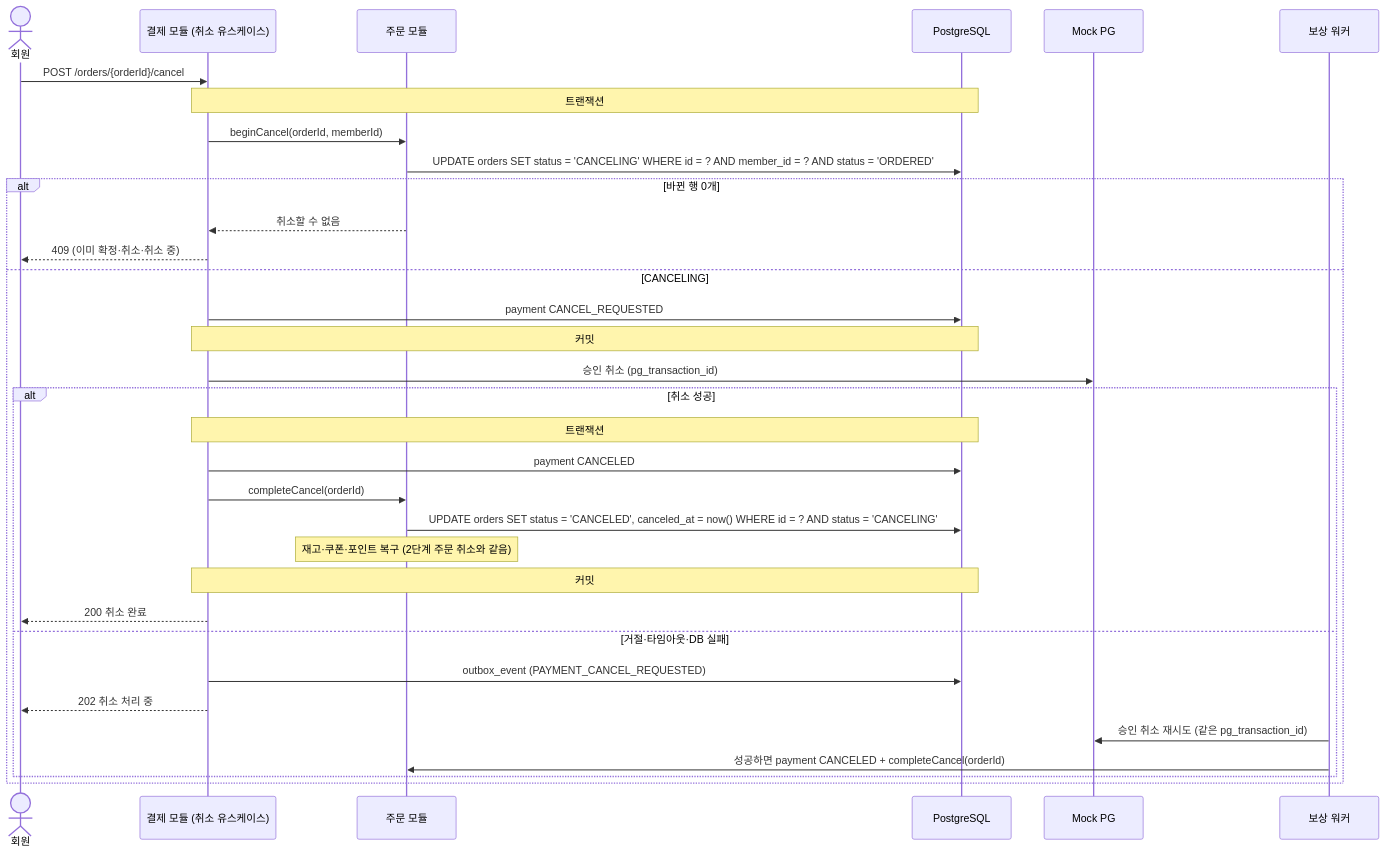
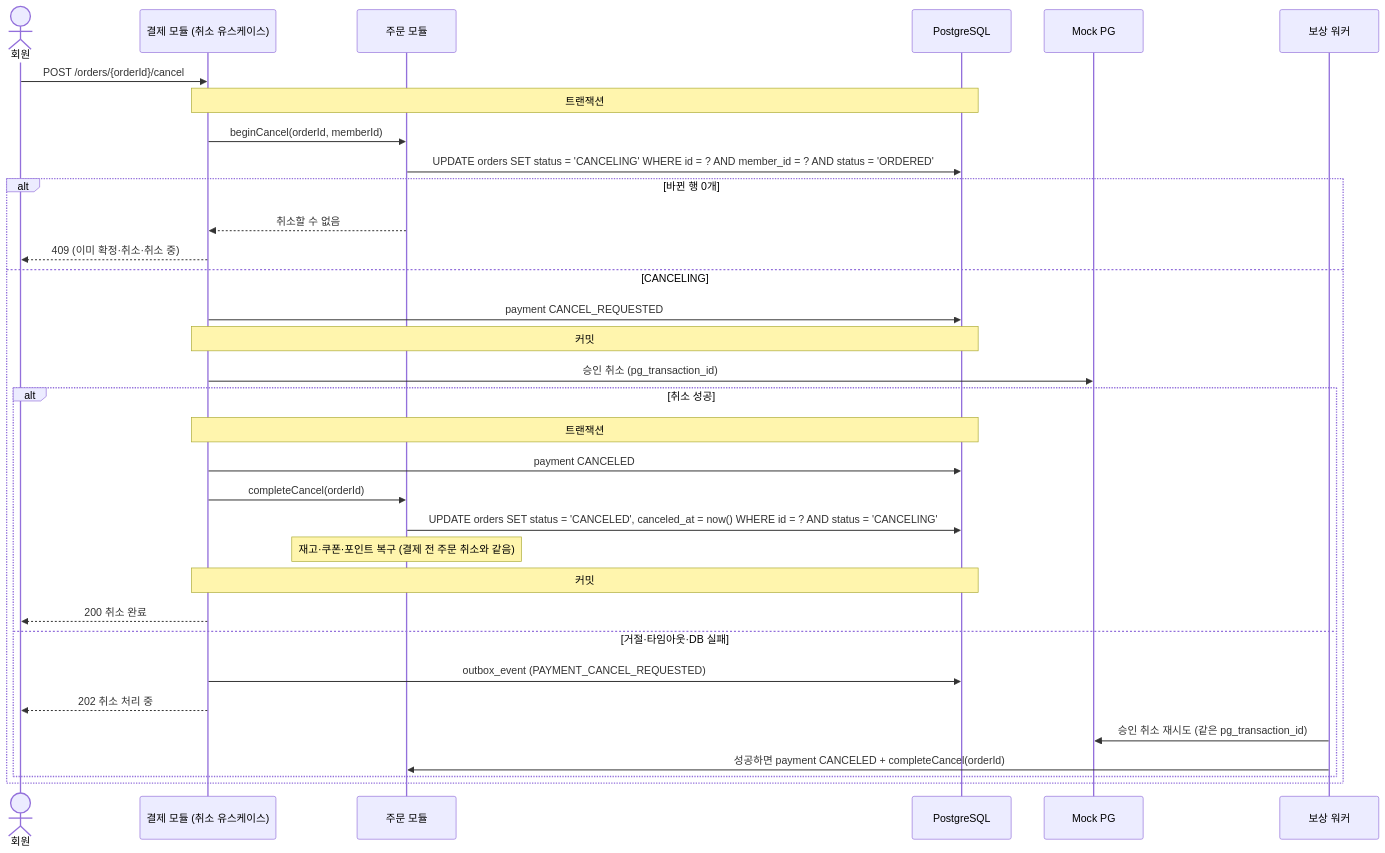
One commit to KAPUIST/flash-gate changed the sixth of 6 diagrams in docs/features/payment/flows.md. Above: the diagram before and after it, drawn with Mermaid. The commit also changed other lines of this file and 33 other files, not shown here.

````diff
--- a/docs/features/payment/flows.md
+++ b/docs/features/payment/flows.md
@@ -216,36 +216,36 @@
 ```mermaid
 sequenceDiagram
     actor U as 회원
     participant A as 결제 모듈 (취소 유스케이스)
     participant O as 주문 모듈
     participant D as PostgreSQL
     participant PG as Mock PG
     participant W as 보상 워커
 
     U->>A: POST /orders/{orderId}/cancel
     Note over A,D: 트랜잭션
     A->>O: beginCancel(orderId, memberId)
     O->>D: UPDATE orders SET status = 'CANCELING' WHERE id = ? AND member_id = ? AND status = 'ORDERED'
     alt 바뀐 행 0개
         O-->>A: 취소할 수 없음
         A-->>U: 409 (이미 확정·취소·취소 중)
     else CANCELING
         A->>D: payment CANCEL_REQUESTED
         Note over A,D: 커밋
         A->>PG: 승인 취소 (pg_transaction_id)
         alt 취소 성공
             Note over A,D: 트랜잭션
             A->>D: payment CANCELED
             A->>O: completeCancel(orderId)
             O->>D: UPDATE orders SET status = 'CANCELED', canceled_at = now() WHERE id = ? AND status = 'CANCELING'
-            Note over O: 재고·쿠폰·포인트 복구 (2단계 주문 취소와 같음)
+            Note over O: 재고·쿠폰·포인트 복구 (결제 전 주문 취소와 같음)
             Note over A,D: 커밋
             A-->>U: 200 취소 완료
         else 거절·타임아웃·DB 실패
             A->>D: outbox_event (PAYMENT_CANCEL_REQUESTED)
             A-->>U: 202 취소 처리 중
             W->>PG: 승인 취소 재시도 (같은 pg_transaction_id)
             W->>O: 성공하면 payment CANCELED + completeCancel(orderId)
         end
     end
 ```
````
